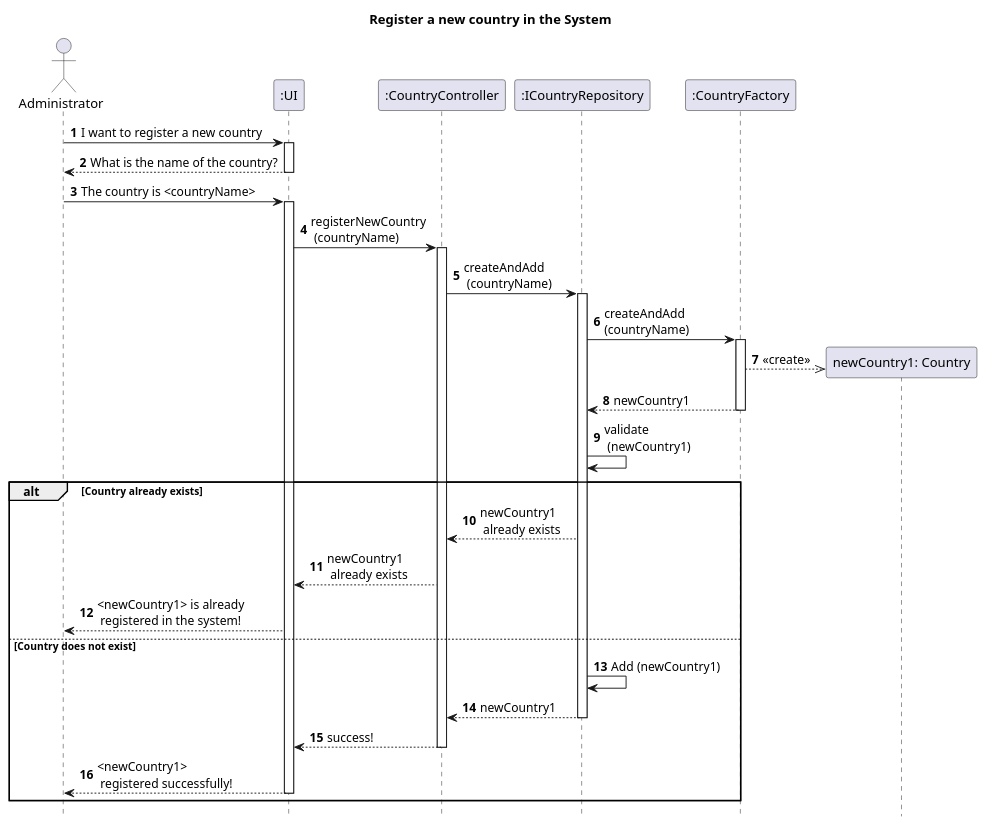
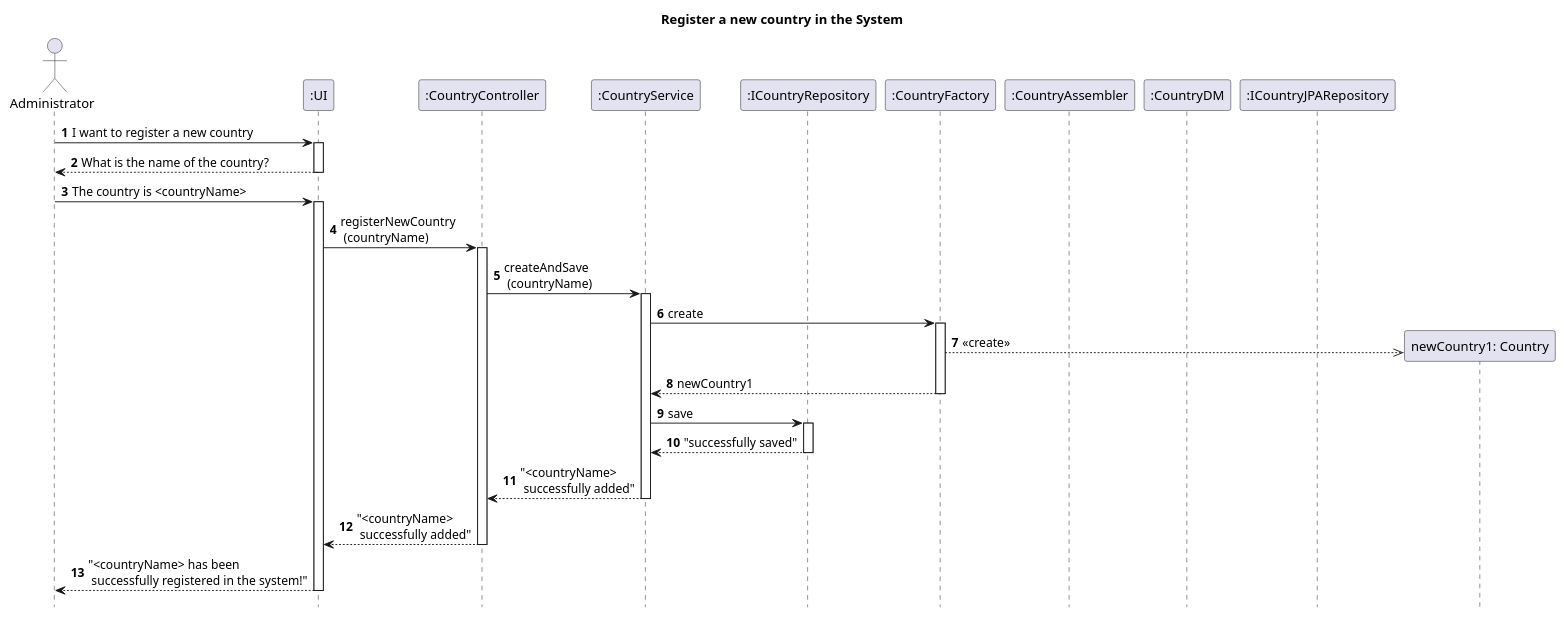
Before and after one commit to AndrePereiraGitH/SWitCH-Project-Team_A: the diagram in Diagrams/SequenceDiagrams/N2/To-register-a-new-country-in-the-system.puml, drawn with PlantUML. The commit also changed 41 other files, not shown here.

```diff
--- a/Diagrams/SequenceDiagrams/N2/To-register-a-new-country-in-the-system.puml
+++ b/Diagrams/SequenceDiagrams/N2/To-register-a-new-country-in-the-system.puml
@@ -1,61 +1,82 @@
 @startuml
 
 footbox off
 
 title Register a new country in the System
 
 
 actor Administrator
 participant ":UI" as UI
 
 autonumber
 
 
 participant ":CountryController" as CountryController
+participant ":CountryService" as CountryService
 participant ":ICountryRepository" as ICountryRepository
 participant ":CountryFactory" as CountryFactory
+participant ":CountryAssembler" as Assembler
+participant ":CountryDM" as DM
+participant ":ICountryJPARepository" as JPA
 
 
 Administrator -> UI : I want to register a new country
 activate UI
 UI --> Administrator : What is the name of the country?
 deactivate UI
 
 Administrator -> UI : The country is <countryName>
 activate UI
 
 UI -> CountryController : registerNewCountry\n (countryName)
 activate CountryController
 
 
-CountryController -> ICountryRepository : createAndAdd\n (countryName)
-activate ICountryRepository
-
-ICountryRepository -> CountryFactory : createAndAdd\n(countryName)
+CountryController -> CountryService : createAndSave\n (countryName)
+activate CountryService
+CountryService -> CountryFactory : create
 activate CountryFactory
 create participant "newCountry1: Country" as Country
+CountryFactory -->> Country : «create»
+CountryFactory --> CountryService : newCountry1
+deactivate CountryFactory
+CountryService -> ICountryRepository : save
+activate ICountryRepository
+ICountryRepository --> CountryService : "successfully saved"
+deactivate ICountryRepository
+CountryService --> CountryController : "<countryName>\n successfully added"
+deactivate CountryService
+
+CountryController --> UI : "<countryName>\n successfully added"
+deactivate CountryController
+UI --> Administrator : "<countryName> has been\n successfully registered in the system!"
+deactivate UI
+
+/' ICountryRepository -> CountryFactory : createAndAdd\n(countryName)
+activate CountryFactory
 CountryFactory -->> Country : «create»
 
 CountryFactory --> ICountryRepository : newCountry1
 deactivate CountryFactory
 
 ICountryRepository -> ICountryRepository : validate\n (newCountry1)
 
 alt Country already exists
 ICountryRepository --> CountryController : newCountry1\n already exists
 CountryController --> UI : newCountry1\n already exists
 UI --> Administrator : <newCountry1> is already\n registered in the system!
 else Country does not exist
 ICountryRepository -> ICountryRepository : Add (newCountry1)
 ICountryRepository --> CountryController : newCountry1
 deactivate ICountryRepository
 
 CountryController --> UI : success!
 deactivate CountryController
 
 UI --> Administrator : <newCountry1>\n registered successfully!
 deactivate UI
 end
+'/
 
 
 @enduml
```
